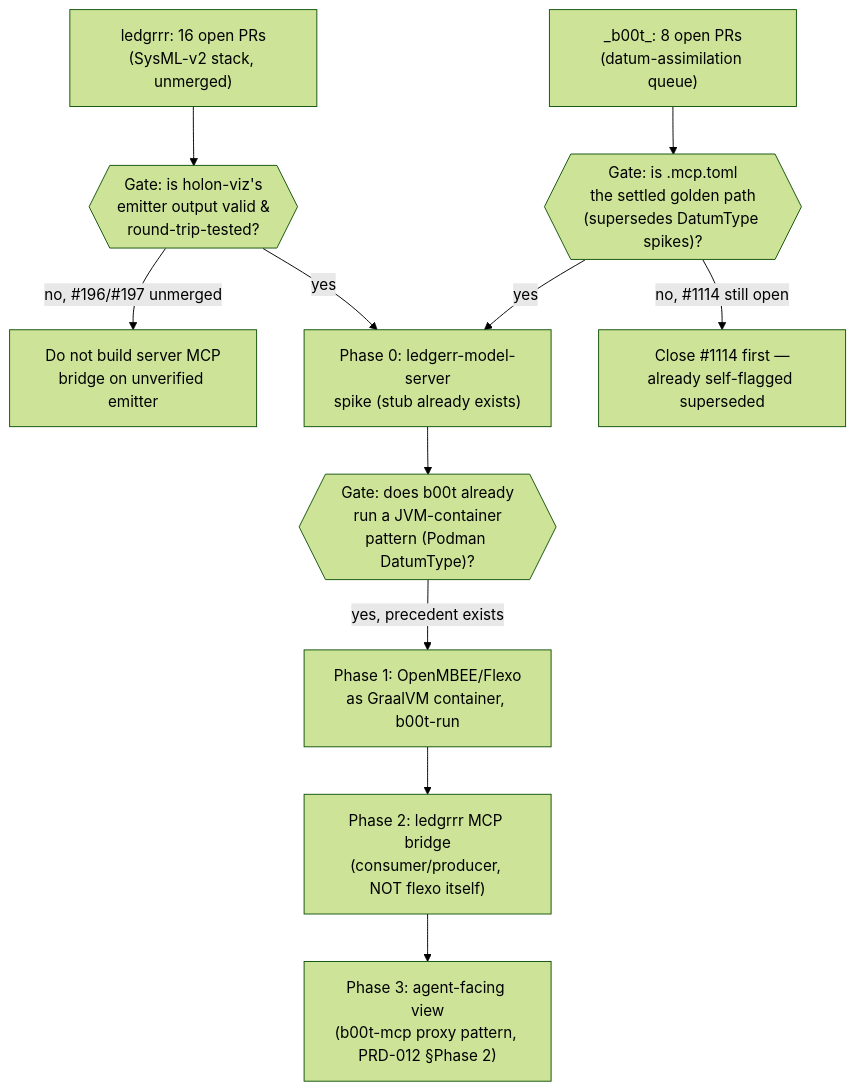
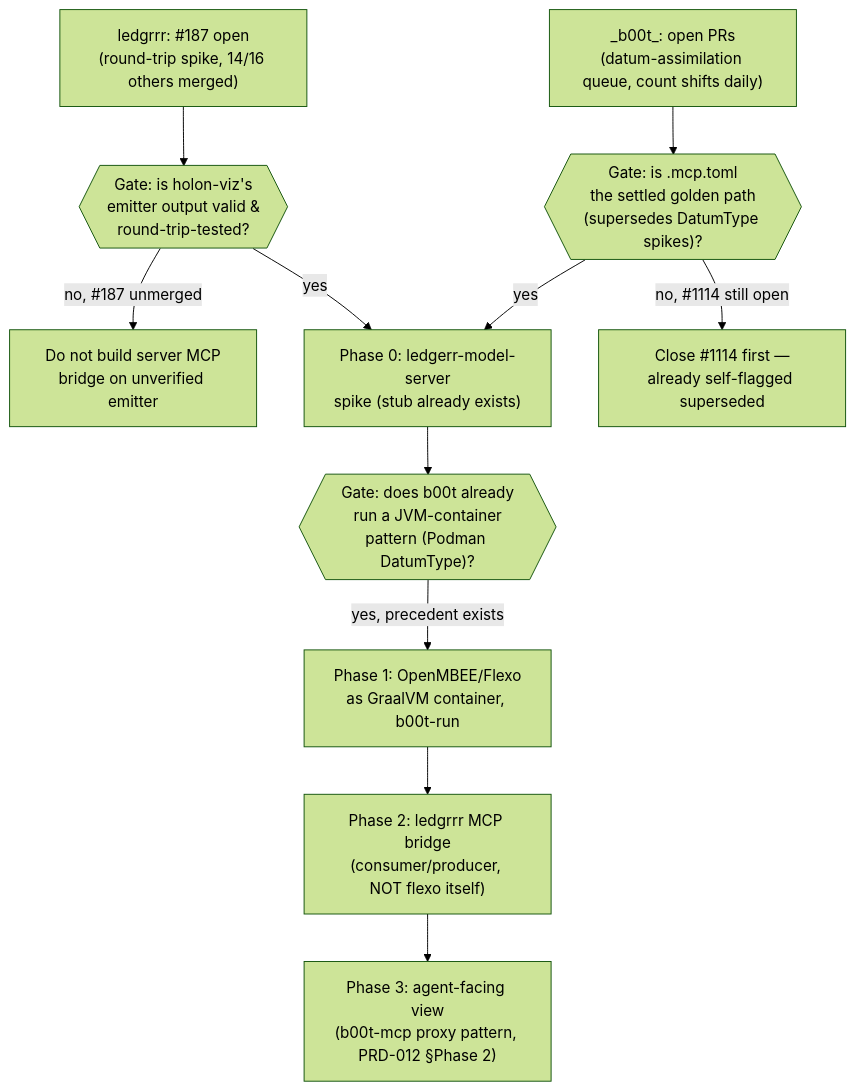
The first of 2 diagrams in _b00t_/PRD-013-ledgrrr-server-backlog-epic.md (elasticdotventures/_b00t_), drawn with Mermaid (forest theme) before and after one commit. The commit also changed other lines of this file, not shown here.

First line of the commit message:
docs(PRD-013): correct stale ledgrrr backlog counts + re-point Gate B at #187

````diff
--- a/_b00t_/PRD-013-ledgrrr-server-backlog-epic.md
+++ b/_b00t_/PRD-013-ledgrrr-server-backlog-epic.md
@@ -45,13 +45,13 @@
 ```mermaid
 flowchart TD
-    A["ledgrrr: 16 open PRs\n(SysML-v2 stack, unmerged)"] --> B{{"Gate: is holon-viz's\nemitter output valid &\nround-trip-tested?"}}
-    C["_b00t_: 8 open PRs\n(datum-assimilation queue)"] --> D{{"Gate: is .mcp.toml\nthe settled golden path\n(supersedes DatumType spikes)?"}}
-    B -- no, #196/#197 unmerged --> STOP1["Do not build server MCP\nbridge on unverified emitter"]
+    A["ledgrrr: #187 open\n(round-trip spike, 14/16 others merged)"] --> B{{"Gate: is holon-viz's\nemitter output valid &\nround-trip-tested?"}}
+    C["_b00t_: open PRs\n(datum-assimilation queue, count shifts daily)"] --> D{{"Gate: is .mcp.toml\nthe settled golden path\n(supersedes DatumType spikes)?"}}
+    B -- no, #187 unmerged --> STOP1["Do not build server MCP\nbridge on unverified emitter"]
     B -- yes --> E["Phase 0: ledgerr-model-server\nspike (stub already exists)"]
     D -- no, #1114 still open --> STOP2["Close #1114 first —\nalready self-flagged superseded"]
     D -- yes --> E
     E --> F{{"Gate: does b00t already\nrun a JVM-container\npattern (Podman DatumType)?"}}
     F -- yes, precedent exists --> G["Phase 1: OpenMBEE/Flexo\nas GraalVM container, b00t-run"]
     G --> H["Phase 2: ledgrrr MCP bridge\n(consumer/producer, NOT flexo itself)"]
     H --> I["Phase 3: agent-facing view\n(b00t-mcp proxy pattern, PRD-012 §Phase 2)"]
 ```
````
